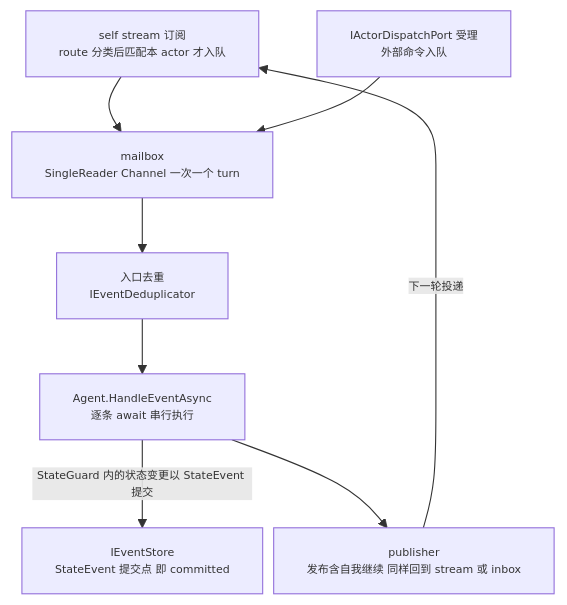
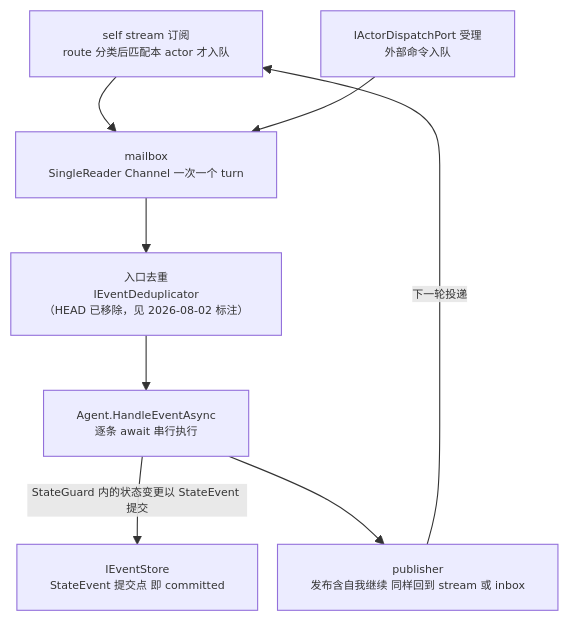
Before and after one commit to eanzhao-os/aevatar-review: the first of 2 diagrams in 02/06-local-runtime-and-lifecycle.md, drawn with Mermaid. The commit also changed other lines of this file and 4 other files, not shown here.

````diff
--- a/02/06-local-runtime-and-lifecycle.md
+++ b/02/06-local-runtime-and-lifecycle.md
@@ -29,17 +29,17 @@
 ```mermaid
 %%{init: {"maxTextSize": 100000, "flowchart": {"useMaxWidth": false, "nodeSpacing": 10, "rankSpacing": 50}, "themeVariables": {"fontSize": "10px"}}}%%
 flowchart TB
     SS["self stream 订阅<br/>route 分类后匹配本 actor 才入队"]
     DP["IActorDispatchPort 受理<br/>外部命令入队"]
     MB["mailbox<br/>SingleReader Channel 一次一个 turn"]
-    DD["入口去重<br/>IEventDeduplicator"]
+    DD["入口去重<br/>IEventDeduplicator<br/>（HEAD 已移除，见 2026-08-02 标注）"]
     AG["Agent.HandleEventAsync<br/>逐条 await 串行执行"]
     ES["IEventStore<br/>StateEvent 提交点 即 committed"]
     PUB["publisher<br/>发布含自我继续 同样回到 stream 或 inbox"]
     SS --> MB
     DP --> MB
     MB --> DD --> AG
     AG -->|"StateGuard 内的状态变更以 StateEvent 提交"| ES
     AG --> PUB
     PUB -->|"下一轮投递"| SS
 ```
````
